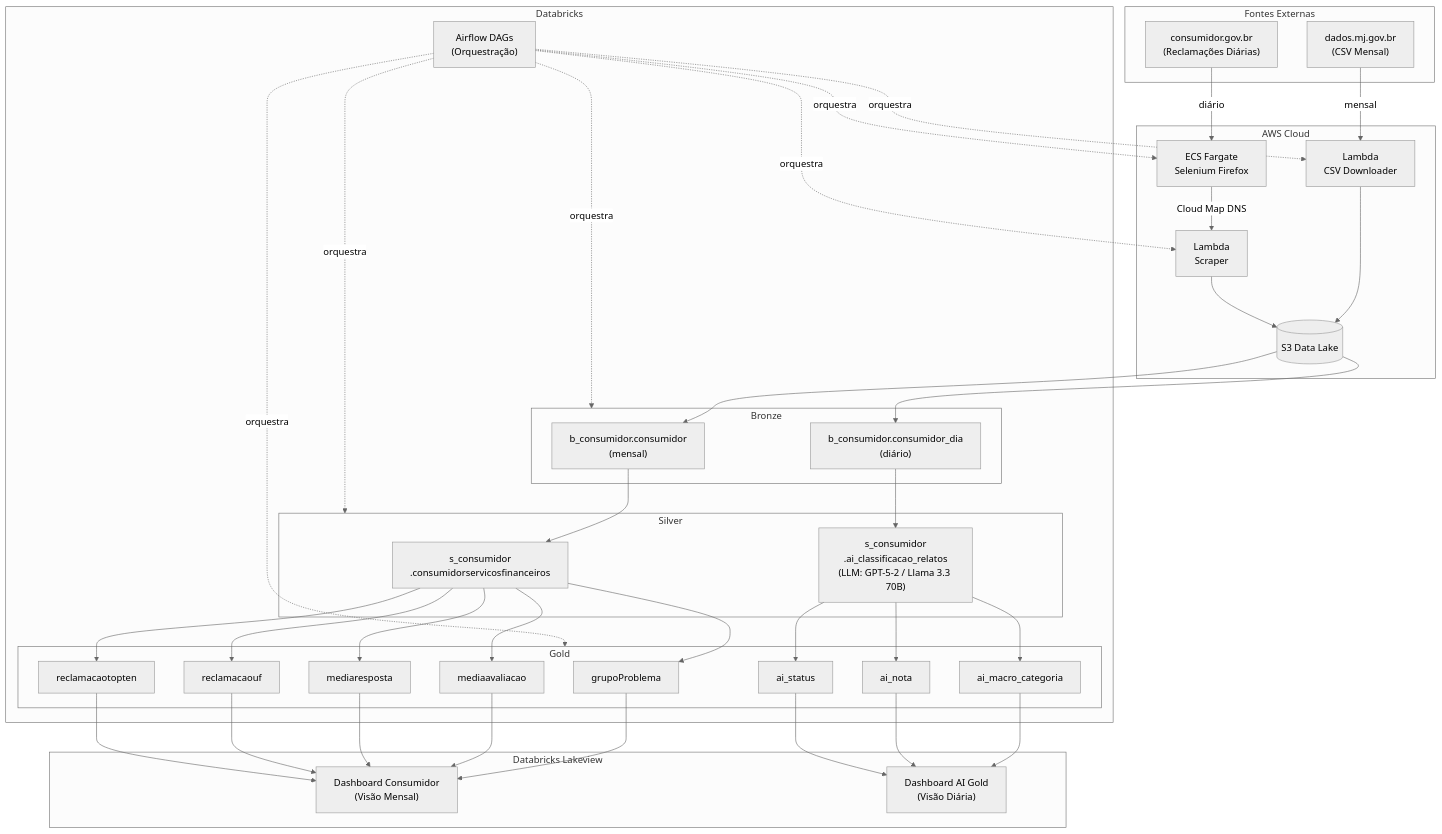
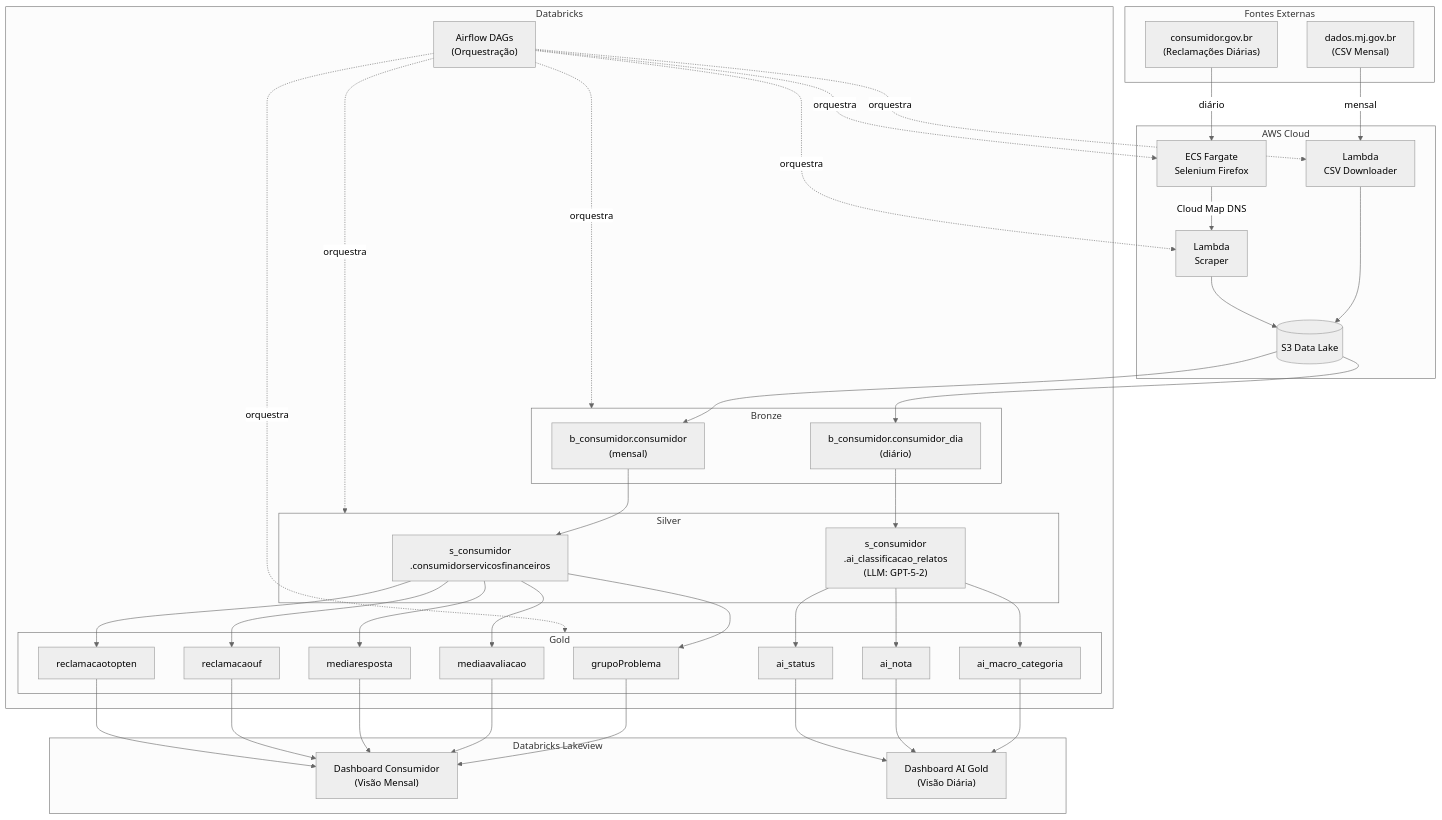
The first of 4 diagrams in docs/ARCHITECTURE.md (lucassan202/data-master-cloud), drawn with Mermaid (neutral theme) before and after one commit. The commit also changed other lines of this file and 5 other files, not shown here.

````diff
--- a/docs/ARCHITECTURE.md
+++ b/docs/ARCHITECTURE.md
@@ -20,64 +20,64 @@
 ```mermaid
 flowchart TB
     subgraph Fontes Externas
         MJ["dados.mj.gov.br\n(CSV Mensal)"]
         CG["consumidor.gov.br\n(Reclamações Diárias)"]
     end
 
     subgraph AWS["AWS Cloud"]
         LAMBDA_CSV["Lambda\nCSV Downloader"]
         ECS["ECS Fargate\nSelenium Firefox"]
         LAMBDA_SCREP["Lambda\nScraper"]
         S3[("S3 Data Lake")]
     end
 
     subgraph Databricks
         subgraph Bronze
             B1["b_consumidor.consumidor\n(mensal)"]
             B2["b_consumidor.consumidor_dia\n(diário)"]
         end
         subgraph Silver
             S1["s_consumidor\n.consumidorservicosfinanceiros"]
-            S2["s_consumidor\n.ai_classificacao_relatos\n(LLM: GPT-5-2 / Llama 3.3 70B)"]
+            S2["s_consumidor\n.ai_classificacao_relatos\n(LLM: GPT-5-2)"]
         end
         subgraph Gold
             G1["grupoProblema"]
             G2["mediaavaliacao"]
             G3["mediaresposta"]
             G4["reclamacaouf"]
             G5["reclamacaotopten"]
             G6["ai_macro_categoria"]
             G7["ai_nota"]
             G8["ai_status"]
         end
         AIRFLOW["Airflow DAGs\n(Orquestração)"]
     end
 
     subgraph Dashboards["Databricks Lakeview"]
         DASH1["Dashboard Consumidor\n(Visão Mensal)"]
         DASH2["Dashboard AI Gold\n(Visão Diária)"]
     end
 
     MJ -->|mensal| LAMBDA_CSV
     CG -->|diário| ECS
     ECS -->|Cloud Map DNS| LAMBDA_SCREP
     LAMBDA_CSV --> S3
     LAMBDA_SCREP --> S3
 
     S3 --> B1
     S3 --> B2
     B1 --> S1
     B2 --> S2
     S1 --> G1 & G2 & G3 & G4 & G5
     S2 --> G6 & G7 & G8
 
     G1 & G2 & G3 & G4 & G5 --> DASH1
     G6 & G7 & G8 --> DASH2
 
     AIRFLOW -.->|orquestra| LAMBDA_CSV
     AIRFLOW -.->|orquestra| ECS
     AIRFLOW -.->|orquestra| LAMBDA_SCREP
     AIRFLOW -.->|orquestra| Bronze
     AIRFLOW -.->|orquestra| Silver
     AIRFLOW -.->|orquestra| Gold
 ```
````
